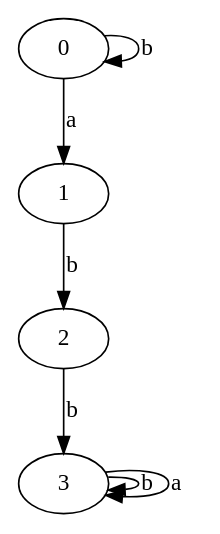
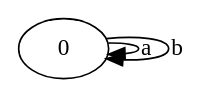
Before and after one commit to EstebanAG1005/LaboratorioB---DL: the diagram in regex_tree.gv, drawn with Graphviz. The commit also changed 7 other files, not shown here.

```diff
--- a/regex_tree.gv
+++ b/regex_tree.gv
@@ -1,8 +1,4 @@
 digraph G {
+	0 -> 0 [label=a]
 	0 -> 0 [label=b]
-	0 -> 1 [label=a]
-	1 -> 2 [label=b]
-	2 -> 3 [label=b]
-	3 -> 3 [label=b]
-	3 -> 3 [label=a]
 }
```
